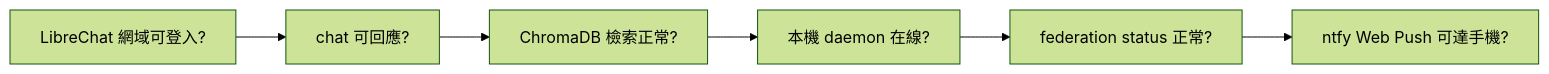
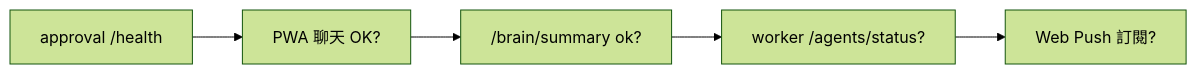
One commit to DreamOne09/oneai changed the diagram in docs/09-runbook-operations.md. Above: the diagram before and after it, drawn with Mermaid (forest theme). The commit also changed other lines of this file and 49 other files, not shown here.

````diff
--- a/docs/09-runbook-operations.md
+++ b/docs/09-runbook-operations.md
@@ -22,8 +44,7 @@
 ```mermaid
 flowchart LR
-    c1["LibreChat 網域可登入?"] --> c2["chat 可回應?"]
-    c2 --> c3["ChromaDB 檢索正常?"]
-    c3 --> c4["本機 daemon 在線?"]
-    c4 --> c5["federation status 正常?"]
-    c5 --> c6["ntfy Web Push 可達手機?"]
+    c1["approval /health"] --> c2["PWA 聊天 OK?"]
+    c2 --> c3["/brain/summary ok?"]
+    c3 --> c4["worker /agents/status?"]
+    c4 --> c5["Web Push 訂閱?"]
 ```
````
